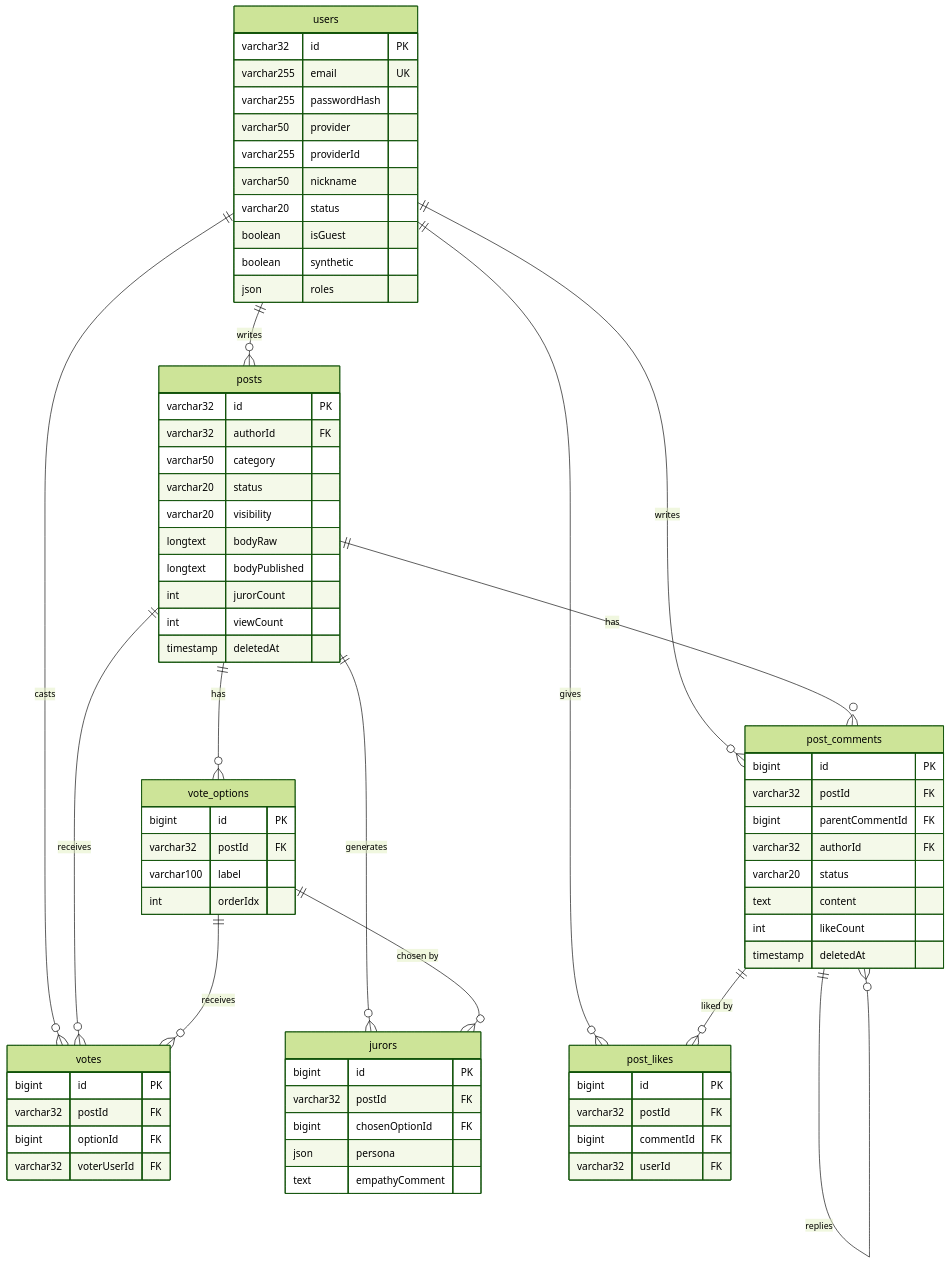
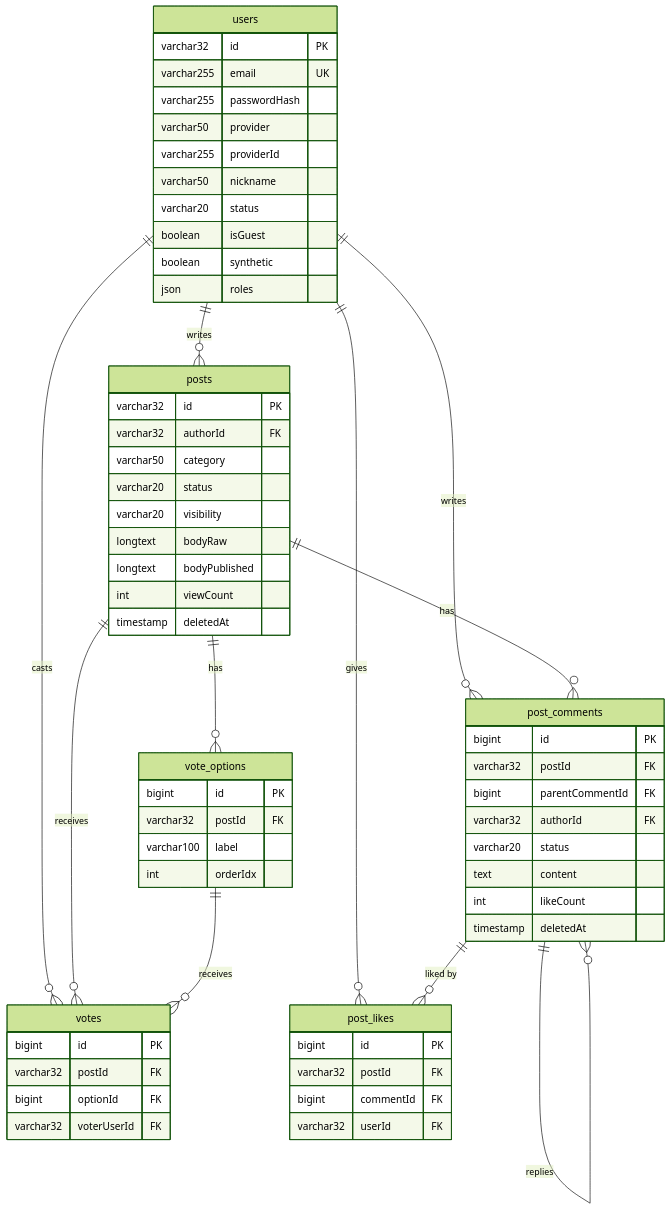
The diagram in docs/shared/api/database-schema.md (Justant-source/Again-Spring), drawn with Mermaid (forest theme) before and after one commit. The commit also changed other lines of this file and 116 other files, not shown here.

````diff
--- a/docs/shared/api/database-schema.md
+++ b/docs/shared/api/database-schema.md
@@ -11,81 +11,70 @@
 ```mermaid
 erDiagram
     users {
         varchar32 id PK
         varchar255 email UK
         varchar255 passwordHash
         varchar50 provider
         varchar255 providerId
         varchar50 nickname
         varchar20 status
         boolean isGuest
         boolean synthetic
         json roles
     }
 
     posts {
         varchar32 id PK
         varchar32 authorId FK
         varchar50 category
         varchar20 status
         varchar20 visibility
         longtext bodyRaw
         longtext bodyPublished
-        int jurorCount
         int viewCount
         timestamp deletedAt
     }
 
     vote_options {
         bigint id PK
         varchar32 postId FK
         varchar100 label
         int orderIdx
     }
 
     votes {
         bigint id PK
         varchar32 postId FK
         bigint optionId FK
         varchar32 voterUserId FK
-    }
-
-    jurors {
-        bigint id PK
-        varchar32 postId FK
-        bigint chosenOptionId FK
-        json persona
-        text empathyComment
     }
 
     post_comments {
         bigint id PK
         varchar32 postId FK
         bigint parentCommentId FK
         varchar32 authorId FK
         varchar20 status
         text content
         int likeCount
         timestamp deletedAt
     }
 
     post_likes {
         bigint id PK
         varchar32 postId FK
         bigint commentId FK
         varchar32 userId FK
     }
 
     users ||--o{ posts : "writes"
     users ||--o{ votes : "casts"
     users ||--o{ post_comments : "writes"
     users ||--o{ post_likes : "gives"
     posts ||--o{ vote_options : "has"
     posts ||--o{ votes : "receives"
-    posts ||--o{ jurors : "generates"
     posts ||--o{ post_comments : "has"
     vote_options ||--o{ votes : "receives"
-    vote_options ||--o{ jurors : "chosen by"
     post_comments ||--o{ post_comments : "replies"
     post_comments ||--o{ post_likes : "liked by"
 ```
````
